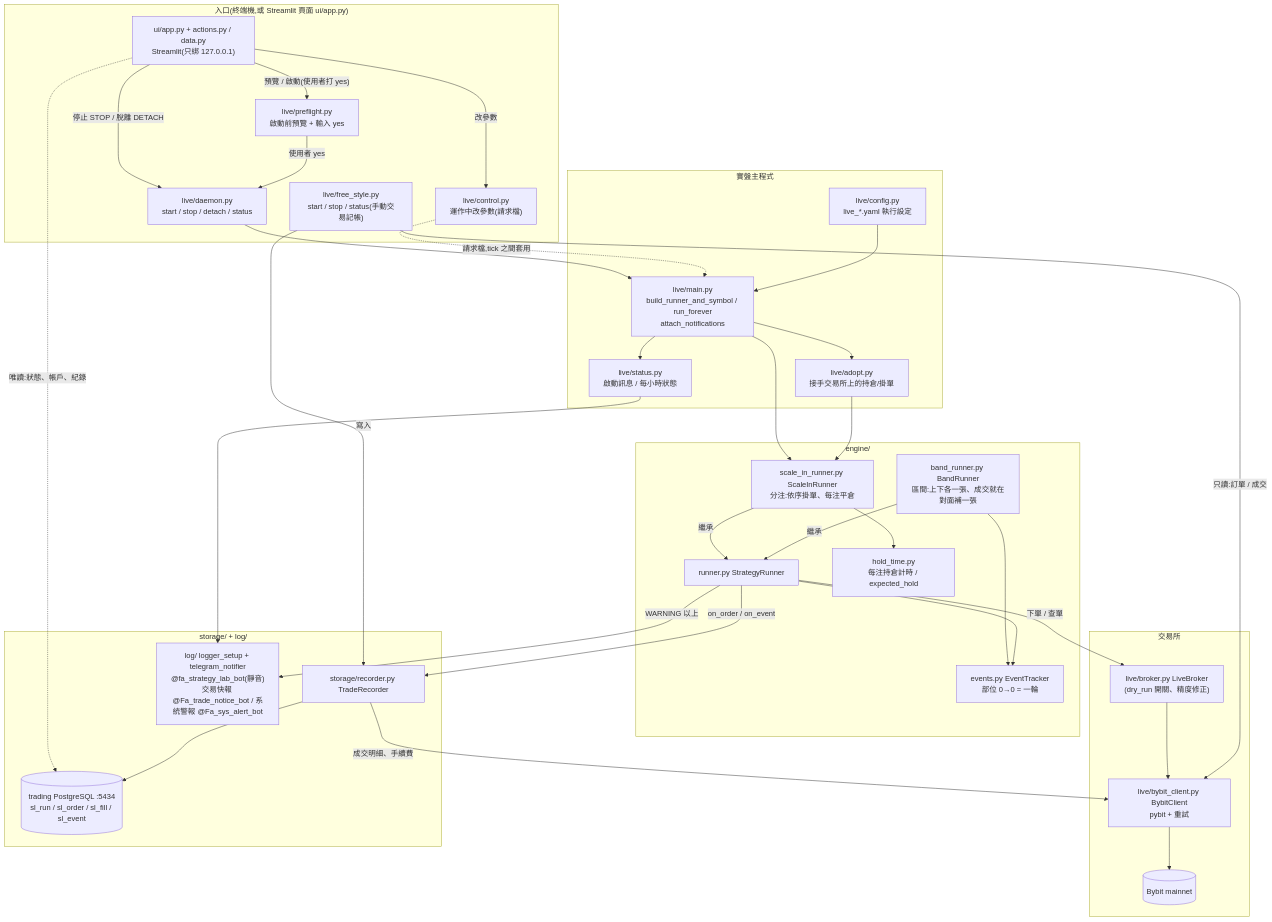
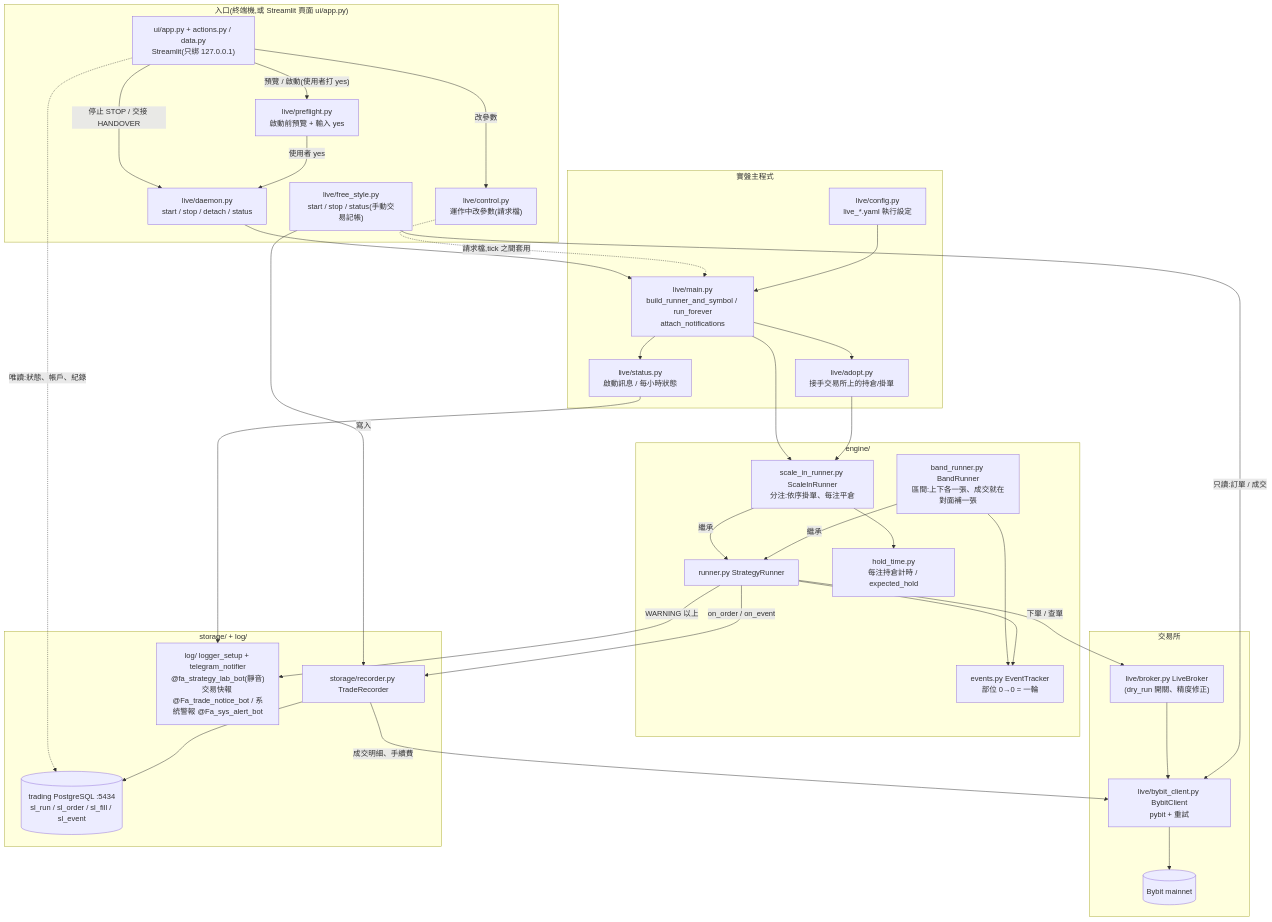
Before and after one commit to youcoolFa/strategy_lab: the second of 3 diagrams in docs/ARCHITECTURE.md, drawn with Mermaid. The commit also changed other lines of this file and 29 other files, not shown here.

First line of the commit message:
feat: every strategy can go long or short; detach → handover; UI defaults

````diff
--- a/docs/ARCHITECTURE.md
+++ b/docs/ARCHITECTURE.md
@@ -106,59 +106,59 @@
 ```mermaid
 flowchart TD
     subgraph Entry["入口(終端機,或 Streamlit 頁面 ui/app.py)"]
         UI["ui/app.py + actions.py / data.py<br/>Streamlit(只綁 127.0.0.1)"]
         PF["live/preflight.py<br/>啟動前預覽 + 輸入 yes"]
         DM["live/daemon.py<br/>start / stop / detach / status"]
         CT["live/control.py<br/>運作中改參數(請求檔)"]
         FS["live/free_style.py<br/>start / stop / status(手動交易記帳)"]
     end
 
     subgraph Run["實盤主程式"]
         MAIN["live/main.py<br/>build_runner_and_symbol / run_forever<br/>attach_notifications"]
         CFG["live/config.py<br/>live_*.yaml 執行設定"]
         ADOPT["live/adopt.py<br/>接手交易所上的持倉/掛單"]
         ST["live/status.py<br/>啟動訊息 / 每小時狀態"]
     end
 
     subgraph Engine["engine/"]
         SR["runner.py StrategyRunner"]
         SIR["scale_in_runner.py ScaleInRunner<br/>分注:依序掛單、每注平倉"]
         EV["events.py EventTracker<br/>部位 0→0 = 一輪"]
         HT["hold_time.py<br/>每注持倉計時 / expected_hold"]
         BR["band_runner.py BandRunner<br/>區間:上下各一張、成交就在對面補一張"]
     end
 
     subgraph Exchange["交易所"]
         LB["live/broker.py LiveBroker<br/>(dry_run 開關、精度修正)"]
         BC["live/bybit_client.py BybitClient<br/>pybit + 重試"]
         BY[("Bybit mainnet")]
     end
 
     subgraph Store["storage/ + log/"]
         REC["storage/recorder.py TradeRecorder"]
         DB[("trading PostgreSQL :5434<br/>sl_run / sl_order / sl_fill / sl_event")]
         TG["log/ logger_setup + telegram_notifier<br/>@fa_strategy_lab_bot(靜音)<br/>交易快報 @Fa_trade_notice_bot / 系統警報 @Fa_sys_alert_bot"]
     end
 
     UI -->|"預覽 / 啟動(使用者打 yes)"| PF
     UI -->|"改參數"| CT
-    UI -->|"停止 STOP / 脫離 DETACH"| DM
+    UI -->|"停止 STOP / 交接 HANDOVER"| DM
     UI -.->|"唯讀:狀態、帳戶、紀錄"| DB
     PF -->|"使用者 yes"| DM --> MAIN
     CT -.->|"請求檔,tick 之間套用"| MAIN
     CFG --> MAIN
     MAIN --> SIR
     SIR -->|繼承| SR
     BR -->|繼承| SR
     BR --> EV
     SR --> EV
     SIR --> HT
     MAIN --> ADOPT --> SIR
     SR -->|下單 / 查單| LB --> BC --> BY
     SR -->|on_order / on_event| REC --> DB
     REC -->|成交明細、手續費| BC
     MAIN --> ST --> TG
     SR -->|WARNING 以上| TG
     FS -->|"只讀:訂單 / 成交"| BC
     FS -->|寫入| REC
 ```
````
